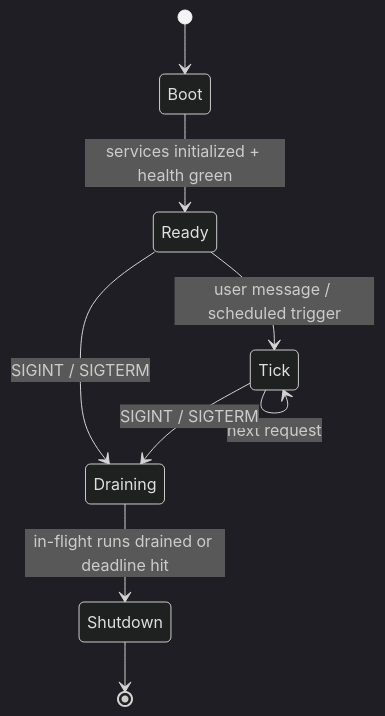
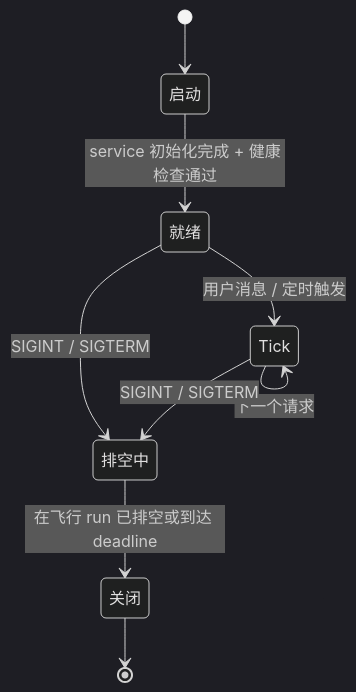
The second of 3 diagrams in course-zh/11-agent-harness.md (ocxers/agentic-ai-system-course-zh), drawn with Mermaid (dark theme) before and after one commit. The commit also changed 14 other files, not shown here.

````diff
--- a/course-zh/11-agent-harness.md
+++ b/course-zh/11-agent-harness.md
@@ -99,11 +99,16 @@
 ```mermaid
 stateDiagram-v2
+    state "启动" as Boot
+    state "就绪" as Ready
+    state "Tick" as Tick
+    state "排空中" as Draining
+    state "关闭" as Shutdown
     [*] --> Boot
-    Boot --> Ready : services initialized + health green
-    Ready --> Tick : user message / scheduled trigger
-    Tick --> Tick : next request
+    Boot --> Ready : service 初始化完成 + 健康检查通过
+    Ready --> Tick : 用户消息 / 定时触发
+    Tick --> Tick : 下一个请求
     Tick --> Draining : SIGINT / SIGTERM
     Ready --> Draining : SIGINT / SIGTERM
-    Draining --> Shutdown : in-flight runs drained or deadline hit
+    Draining --> Shutdown : 在飞行 run 已排空或到达 deadline
     Shutdown --> [*]
 ```
````
